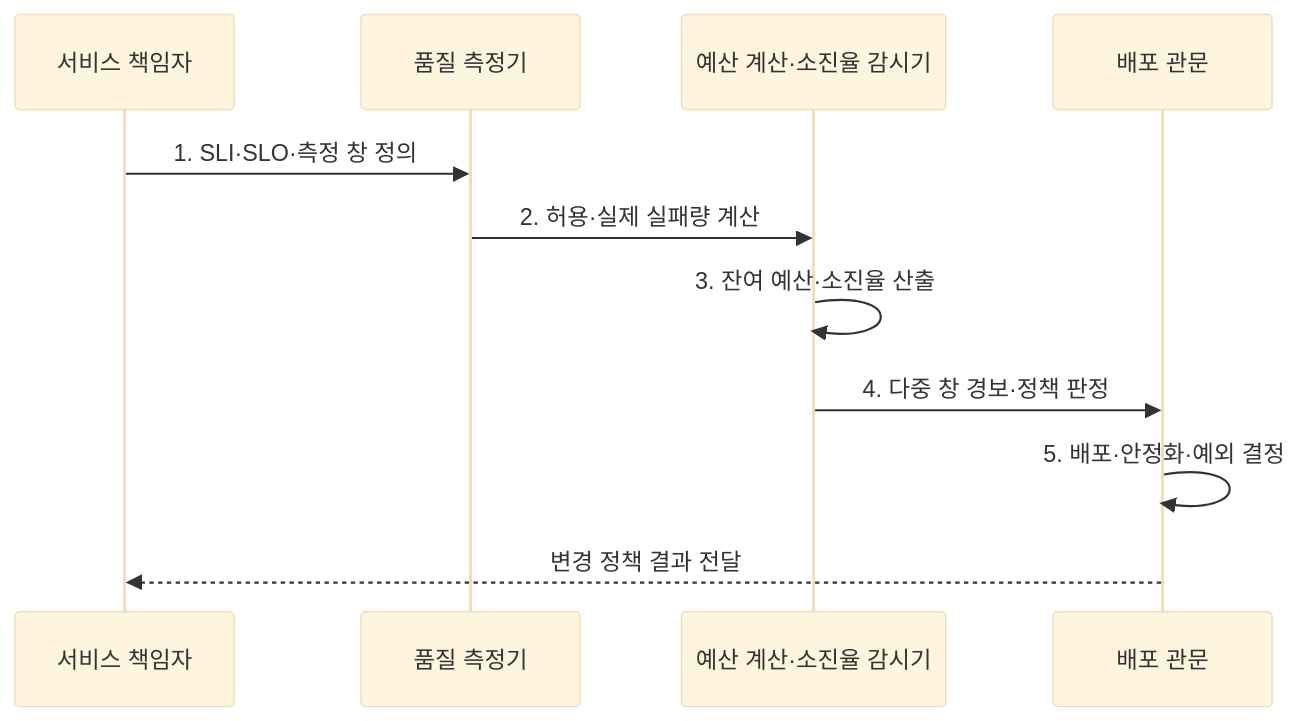
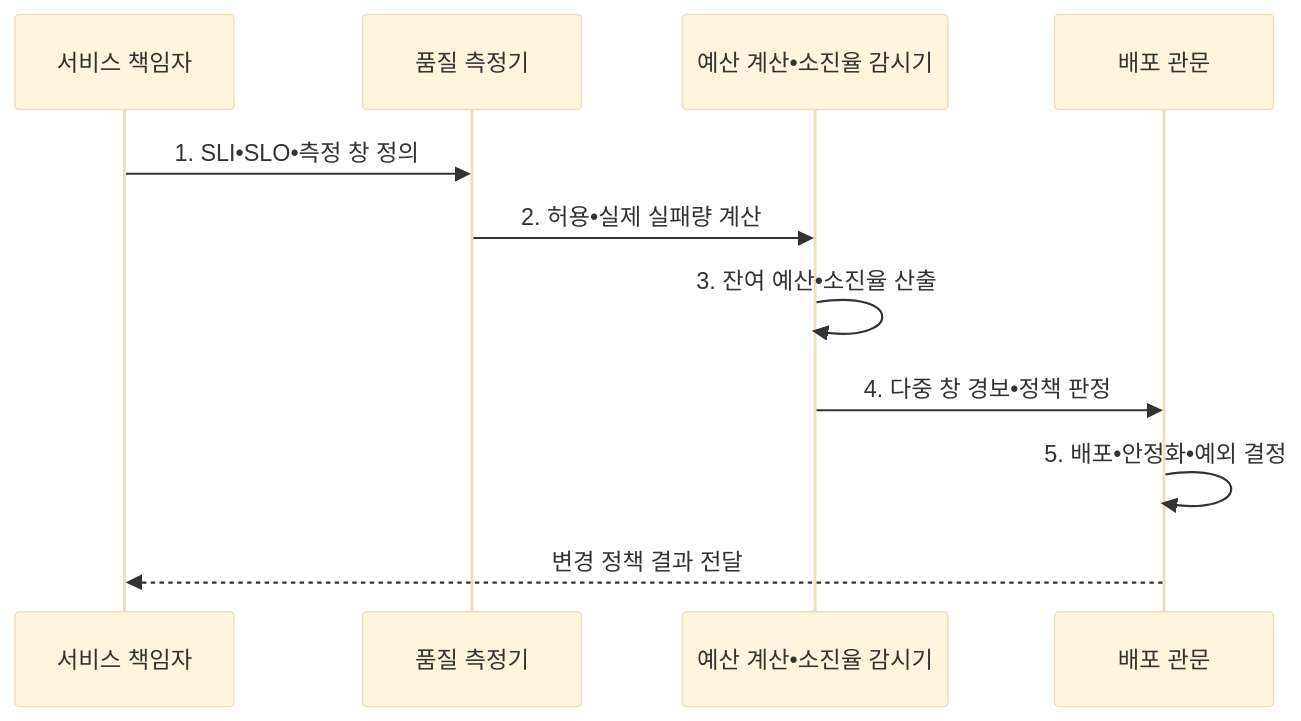
Before and after one commit to agnusdei1207/knowledge-base: the second of 2 diagrams in src/content/docs/notes/06-evaluation/016_error_budget.md, drawn with Mermaid (base theme). The commit also changed other lines of this file and 953 other files, not shown here.

````diff
--- a/src/content/docs/notes/06-evaluation/016_error_budget.md
+++ b/src/content/docs/notes/06-evaluation/016_error_budget.md
@@ -102,13 +102,13 @@
 ```mermaid
 sequenceDiagram
   participant O as 서비스 책임자
   participant M as 품질 측정기
-    participant B as 예산 계산·소진율 감시기
+    participant B as 예산 계산•소진율 감시기
   participant G as 배포 관문
-  O->>M: 1. SLI·SLO·측정 창 정의
-  M->>B: 2. 허용·실제 실패량 계산
-    B->>B: 3. 잔여 예산·소진율 산출
-    B->>G: 4. 다중 창 경보·정책 판정
-  G->>G: 5. 배포·안정화·예외 결정
+  O->>M: 1. SLI•SLO•측정 창 정의
+  M->>B: 2. 허용•실제 실패량 계산
+    B->>B: 3. 잔여 예산•소진율 산출
+    B->>G: 4. 다중 창 경보•정책 판정
+  G->>G: 5. 배포•안정화•예외 결정
   G-->>O: 변경 정책 결과 전달
 ```
````
